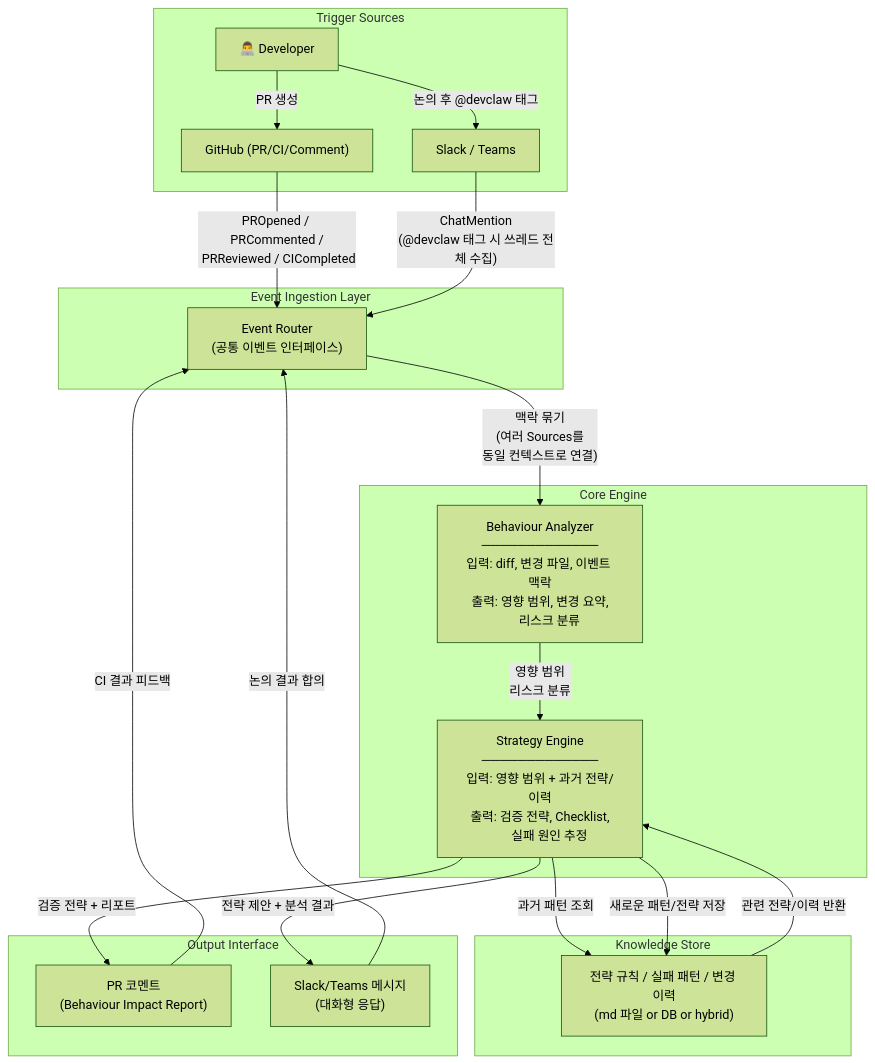
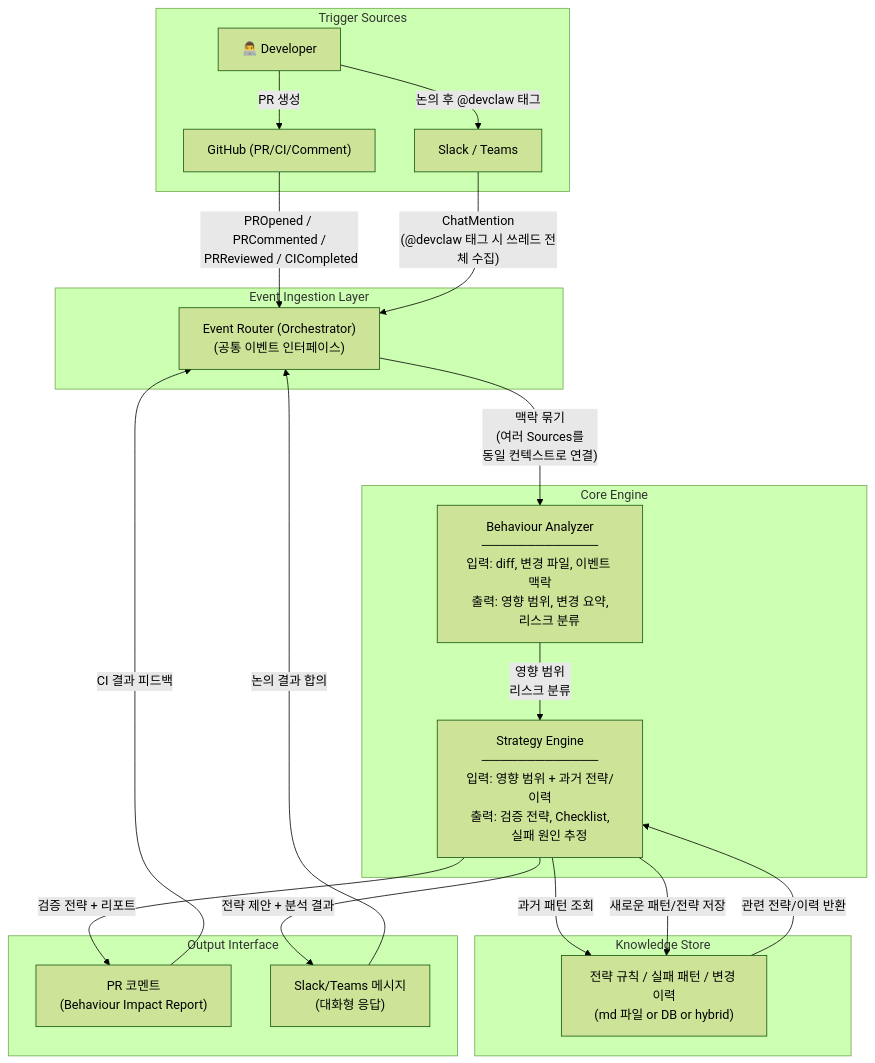
Before and after one commit to Kimcheolhui/qaestro: the diagram in docs/ARCHITECTURE.md, drawn with Mermaid (forest theme). The commit also changed other lines of this file and 5 other files, not shown here.

````diff
--- a/docs/ARCHITECTURE.md
+++ b/docs/ARCHITECTURE.md
@@ -7,46 +9,46 @@
 ```mermaid
 flowchart TB
     subgraph Trigger Sources
         DEV["👨‍💻 Developer"]
         GH["GitHub (PR/CI/Comment)"]
         CHAT["Slack / Teams"]
     end
 
     subgraph Event Ingestion Layer
-        EI["Event Router<br/>(공통 이벤트 인터페이스)"]
+        EI["Event Router (Orchestrator)<br/>(공통 이벤트 인터페이스)"]
     end
 
     subgraph Core Engine
         BA["Behaviour Analyzer<br/>─────────────<br/>입력: diff, 변경 파일, 이벤트 맥락<br/>출력: 영향 범위, 변경 요약,<br/>      리스크 분류"]
         SE["Strategy Engine<br/>─────────────<br/>입력: 영향 범위 + 과거 전략/이력<br/>출력: 검증 전략, Checklist,<br/>      실패 원인 추정"]
     end
 
     subgraph Knowledge Store
         KS["전략 규칙 / 실패 패턴 / 변경 이력<br/>(md 파일 or DB or hybrid)"]
     end
 
     subgraph Output Interface
         PR_OUT["PR 코멘트<br/>(Behaviour Impact Report)"]
         CHAT_OUT["Slack/Teams 메시지<br/>(대화형 응답)"]
     end
 
     DEV -->|"논의 후 @devclaw 태그"| CHAT
     DEV -->|"PR 생성"| GH
 
     GH -->|"PROpened / PRCommented /<br/> PRReviewed / CICompleted"| EI
     CHAT -->|"ChatMention<br/>(@devclaw 태그 시 쓰레드 전체 수집)"| EI
 
     EI -->|"맥락 묶기<br/>(여러 Sources를 <br/>동일 컨텍스트로 연결)"| BA
 
     BA -->|"영향 범위<br/>리스크 분류"| SE
     SE -->|"과거 패턴 조회"| KS
     KS -->|"관련 전략/이력 반환"| SE
 
     SE -->|"검증 전략 + 리포트"| PR_OUT
     SE -->|"전략 제안 + 분석 결과"| CHAT_OUT
 
     PR_OUT -->|"CI 결과 피드백"| EI
     CHAT_OUT -->|"논의 결과 합의"| EI
 
     SE -->|"새로운 패턴/전략 저장"| KS
 ```
````
